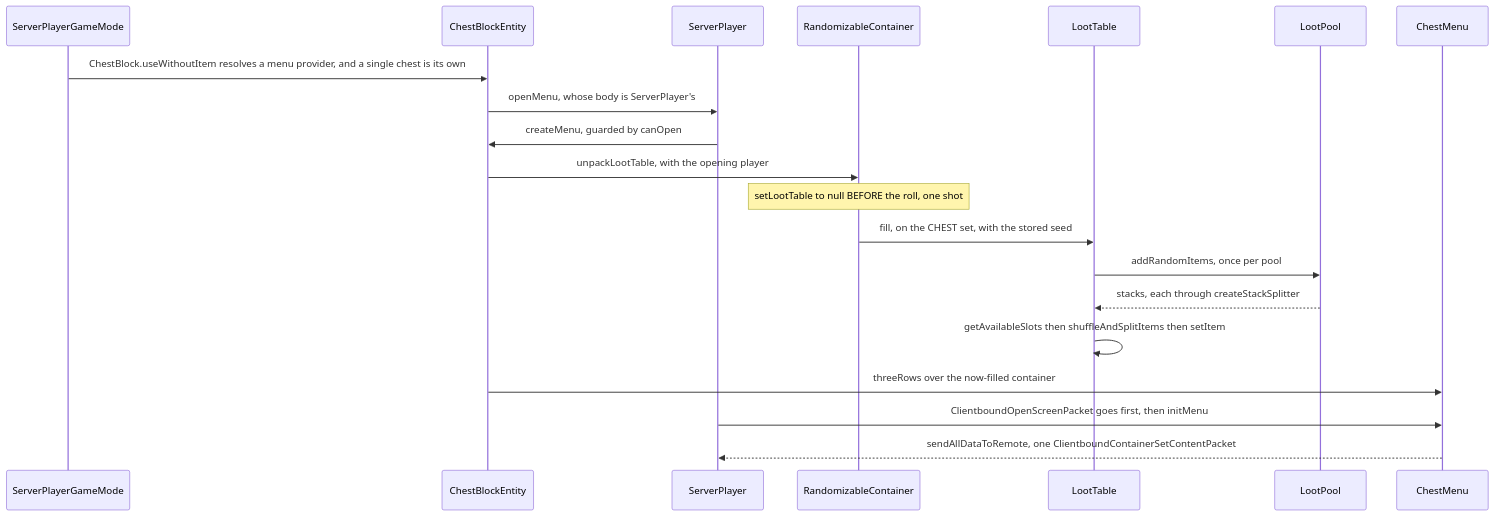
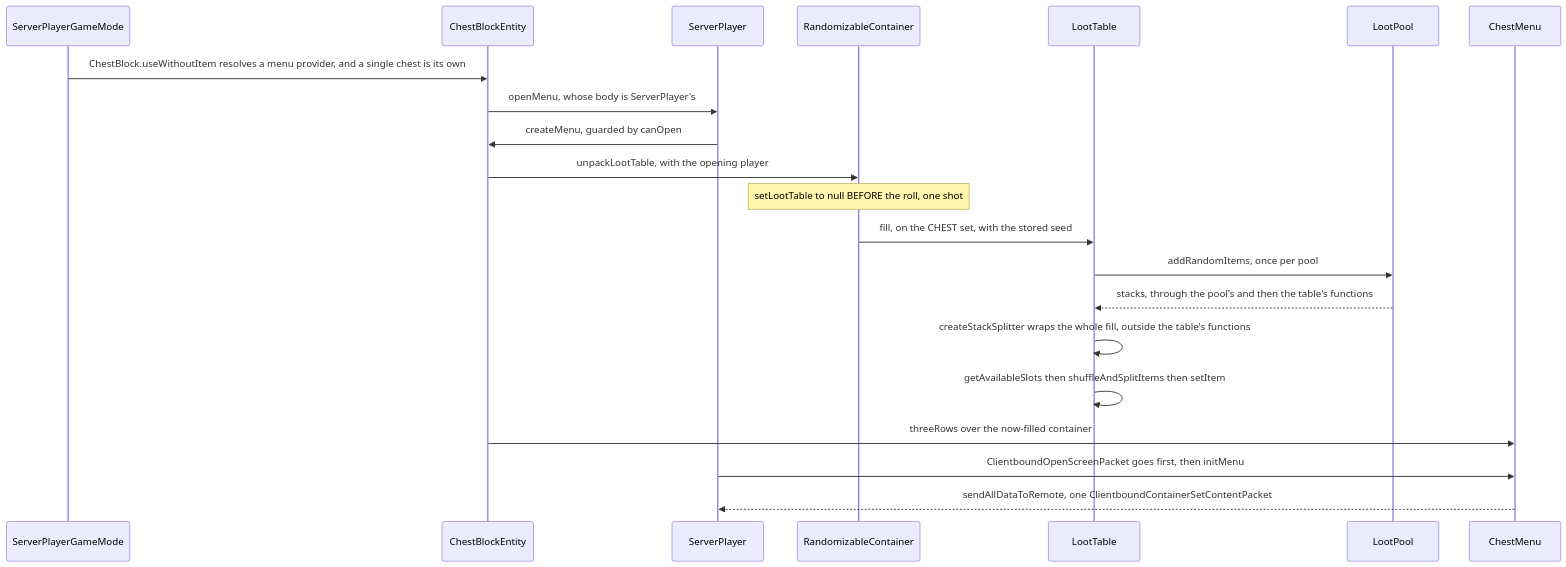
One commit to AlexanderjFraser/MinecraftDocs changed the first of 2 diagrams in src/systems/items/loot-tables.md. Above: the diagram before and after it, drawn with Mermaid. The commit also changed other lines of this file and 19 other files, not shown here.

````diff
--- a/src/systems/items/loot-tables.md
+++ b/src/systems/items/loot-tables.md
@@ -67,23 +68,24 @@
 ```mermaid
 sequenceDiagram
     participant SPGM as ServerPlayerGameMode
     participant CBE as ChestBlockEntity
     participant SP as ServerPlayer
     participant RCont as RandomizableContainer
     participant LT as LootTable
     participant LPool as LootPool
     participant ChestM as ChestMenu
 
     SPGM->>CBE: ChestBlock.useWithoutItem resolves a menu provider, and a single chest is its own
     CBE->>SP: openMenu, whose body is ServerPlayer's
     SP->>CBE: createMenu, guarded by canOpen
     CBE->>RCont: unpackLootTable, with the opening player
     Note over RCont: setLootTable to null BEFORE the roll, one shot
     RCont->>LT: fill, on the CHEST set, with the stored seed
     LT->>LPool: addRandomItems, once per pool
-    LPool-->>LT: stacks, each through createStackSplitter
+    LPool-->>LT: stacks, through the pool's and then the table's functions
+    LT->>LT: createStackSplitter wraps the whole fill, outside the table's functions
     LT->>LT: getAvailableSlots then shuffleAndSplitItems then setItem
     CBE->>ChestM: threeRows over the now-filled container
     SP->>ChestM: ClientboundOpenScreenPacket goes first, then initMenu
     ChestM-->>SP: sendAllDataToRemote, one ClientboundContainerSetContentPacket
 ```
````
